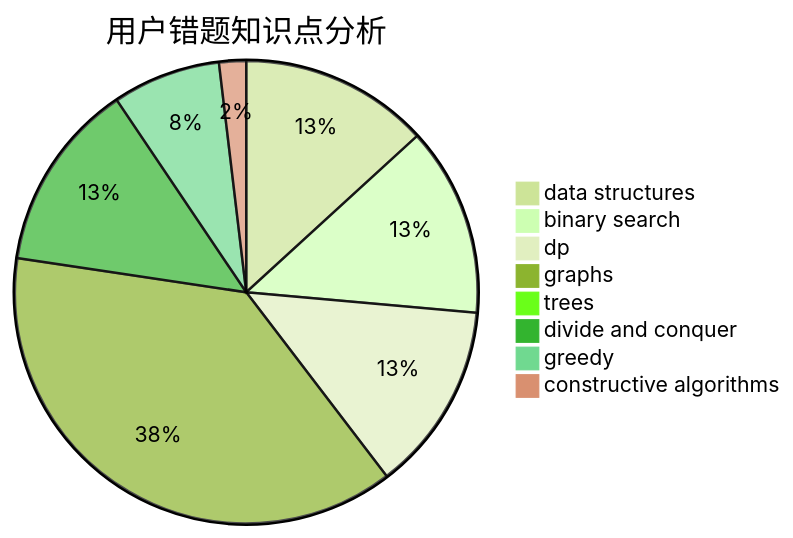
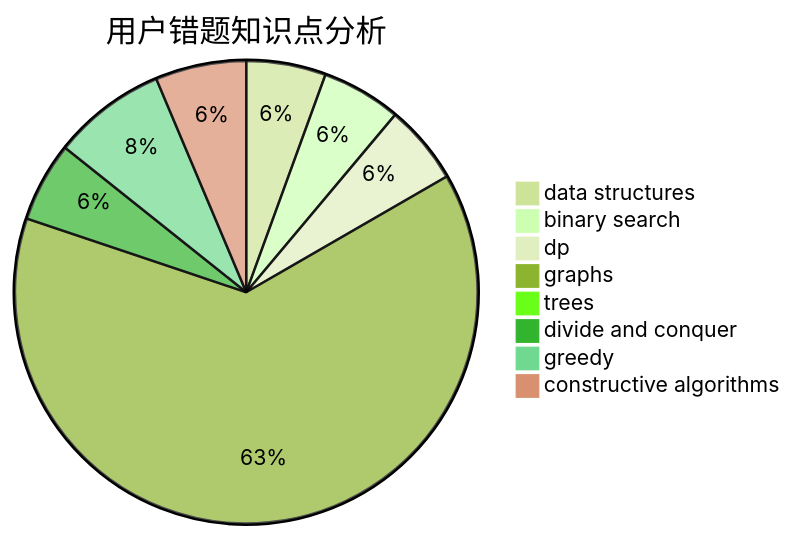
The third of 3 diagrams in docs/user/u2429.md (sherpahu/cfrs.github.io), drawn with Mermaid (forest theme) before and after one commit. The commit also changed other lines of this file and 2770 other files, not shown here.

````diff
--- a/docs/user/u2429.md
+++ b/docs/user/u2429.md
@@ -36,11 +36,11 @@
 ```mermaid
 pie title 用户错题知识点分析
     "data structures" :  7
     "binary search" :  7
     "dp" :  7
-    "graphs" :  20
+    "graphs" :  80
     "trees" :  0
     "divide and conquer" :  7
-    "greedy" :  4
-    "constructive algorithms" :  1
+    "greedy" :  10
+    "constructive algorithms" :  8
 ```
````
